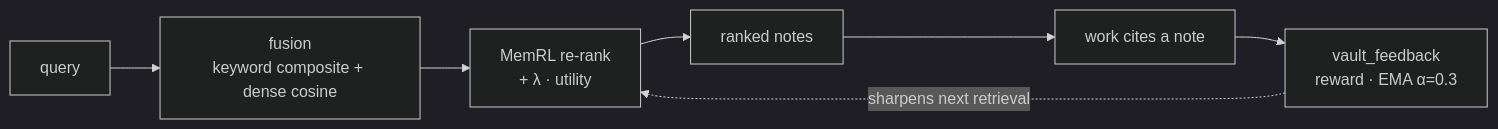
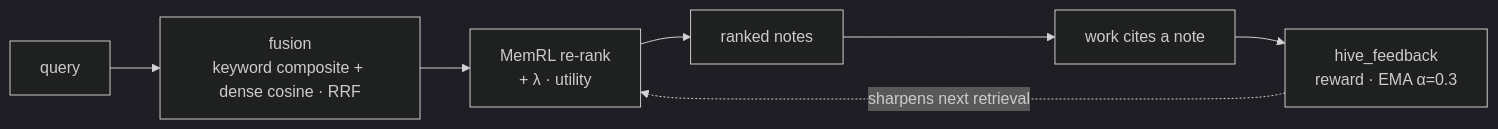
Before and after one commit to alexiagnocco/hivemind: the first of 2 diagrams in README.md, drawn with Mermaid (dark theme). The commit also changed other lines of this file and 219 other files, not shown here.

````diff
--- a/README.md
+++ b/README.md
@@ -47,9 +49,9 @@
 ```mermaid
 flowchart LR
-    Q["query"] --> F["fusion<br/>keyword composite + dense cosine"]
+    Q["query"] --> F["fusion<br/>keyword composite + dense cosine · RRF"]
     F --> RR["MemRL re-rank<br/>+ λ · utility"]
     RR --> O["ranked notes"]
     O --> W["work cites a note"]
-    W --> FB["vault_feedback<br/>reward · EMA α=0.3"]
+    W --> FB["hive_feedback<br/>reward · EMA α=0.3"]
     FB -.->|sharpens next retrieval| RR
 ```
````
